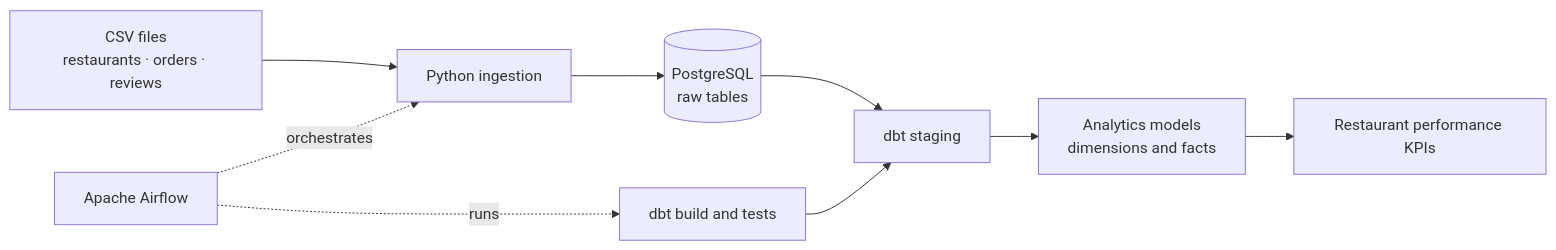
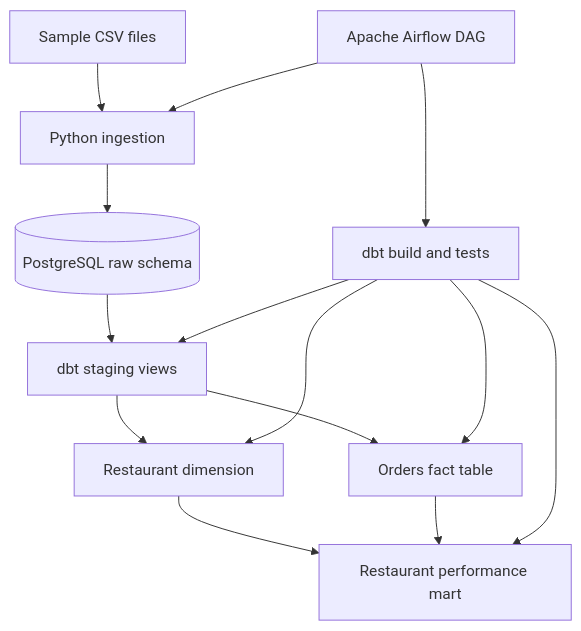
One commit to kavin05-tech/Restaurant-Analytics-Data-Pipeline changed the diagram in README.md. Above: the diagram before and after it, drawn with Mermaid. The commit also changed other lines of this file, not shown here.

````diff
--- a/README.md
+++ b/README.md
@@ -22,11 +27,16 @@
 ```mermaid
-flowchart LR
-    A[CSV files<br/>restaurants · orders · reviews] --> B[Python ingestion]
-    B --> C[(PostgreSQL<br/>raw tables)]
-    C --> D[dbt staging]
-    D --> E[Analytics models<br/>dimensions and facts]
-    E --> F[Restaurant performance KPIs]
-    G[Apache Airflow] -. orchestrates .-> B
-    G -. runs .-> H[dbt build and tests]
-    H --> D
+flowchart TD
+    A[Sample CSV files] --> B[Python ingestion]
+    B --> C[(PostgreSQL raw schema)]
+    C --> D[dbt staging views]
+    D --> E[Restaurant dimension]
+    D --> F[Orders fact table]
+    E --> G[Restaurant performance mart]
+    F --> G
+    H[Apache Airflow DAG] --> B
+    H --> I[dbt build and tests]
+    I --> D
+    I --> E
+    I --> F
+    I --> G
 ```
````
